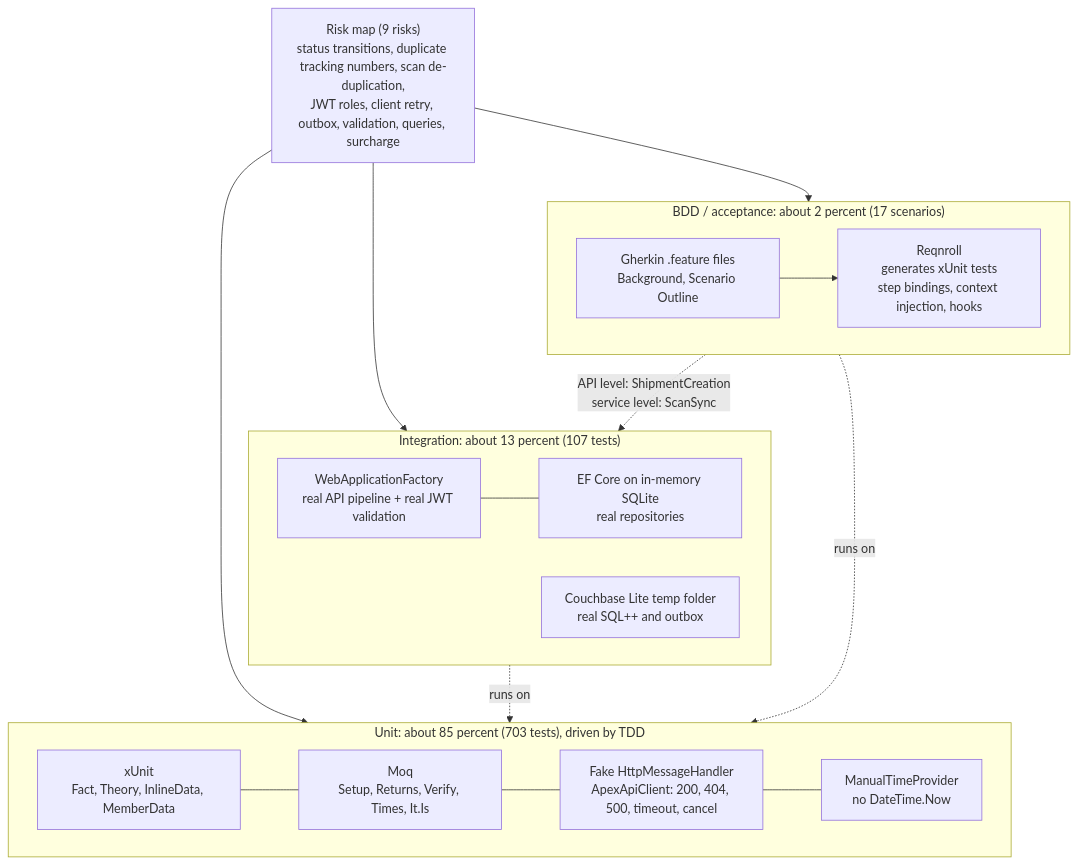
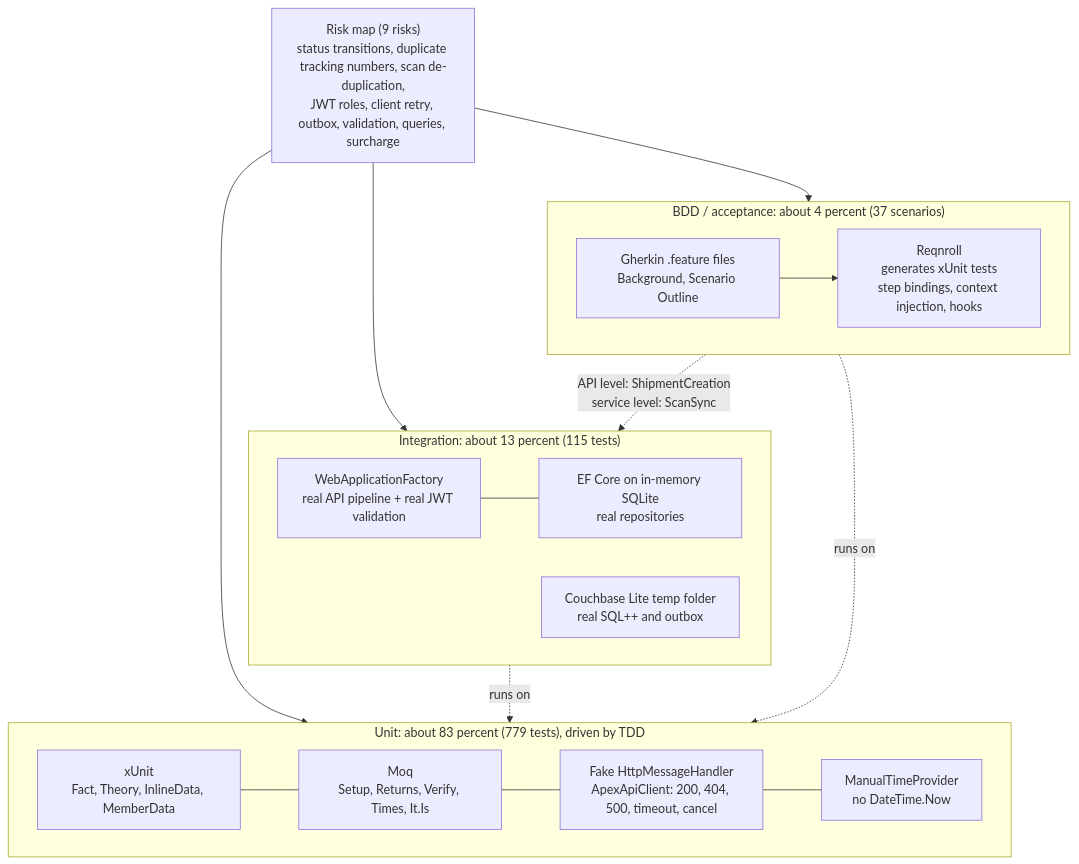
Before and after one commit to divyanshipandey-git/ApexPostRepo: the first of 4 diagrams in docs/TESTING-DIAGRAMS.md, drawn with Mermaid. The commit also changed 1 other file, not shown here.

Commit message:
docs: redraw testing strategy diagram (flow, definition, xUnit-only, per-folder counts) and fix stale counts

````diff
--- a/docs/TESTING-DIAGRAMS.md
+++ b/docs/TESTING-DIAGRAMS.md
@@ -7,29 +7,29 @@
 ```mermaid
 flowchart TB
     R["Risk map (9 risks)<br/>status transitions, duplicate tracking numbers, scan de-duplication,<br/>JWT roles, client retry, outbox, validation, queries, surcharge"]
 
-    subgraph BDD["BDD / acceptance: about 2 percent (17 scenarios)"]
+    subgraph BDD["BDD / acceptance: about 4 percent (37 scenarios)"]
         direction LR
         F["Gherkin .feature files<br/>Background, Scenario Outline"] --> RQ["Reqnroll<br/>generates xUnit tests<br/>step bindings, context injection, hooks"]
     end
 
-    subgraph INT["Integration: about 13 percent (107 tests)"]
+    subgraph INT["Integration: about 13 percent (115 tests)"]
         direction LR
         WAF["WebApplicationFactory<br/>real API pipeline + real JWT validation"] --- SQ["EF Core on in-memory SQLite<br/>real repositories"]
         CB["Couchbase Lite temp folder<br/>real SQL++ and outbox"]
     end
 
-    subgraph UNIT["Unit: about 85 percent (703 tests), driven by TDD"]
+    subgraph UNIT["Unit: about 83 percent (779 tests), driven by TDD"]
         direction LR
         X["xUnit<br/>Fact, Theory, InlineData, MemberData"] --- M["Moq<br/>Setup, Returns, Verify, Times, It.Is"]
         M --- H["Fake HttpMessageHandler<br/>ApexApiClient: 200, 404, 500, timeout, cancel"]
         H --- T["ManualTimeProvider<br/>no DateTime.Now"]
     end
 
     R --> BDD
     R --> INT
     R --> UNIT
     BDD -. "API level: ShipmentCreation<br/>service level: ScanSync" .-> INT
     INT -. "runs on" .-> X
     BDD -. "runs on" .-> X
 ```
````
